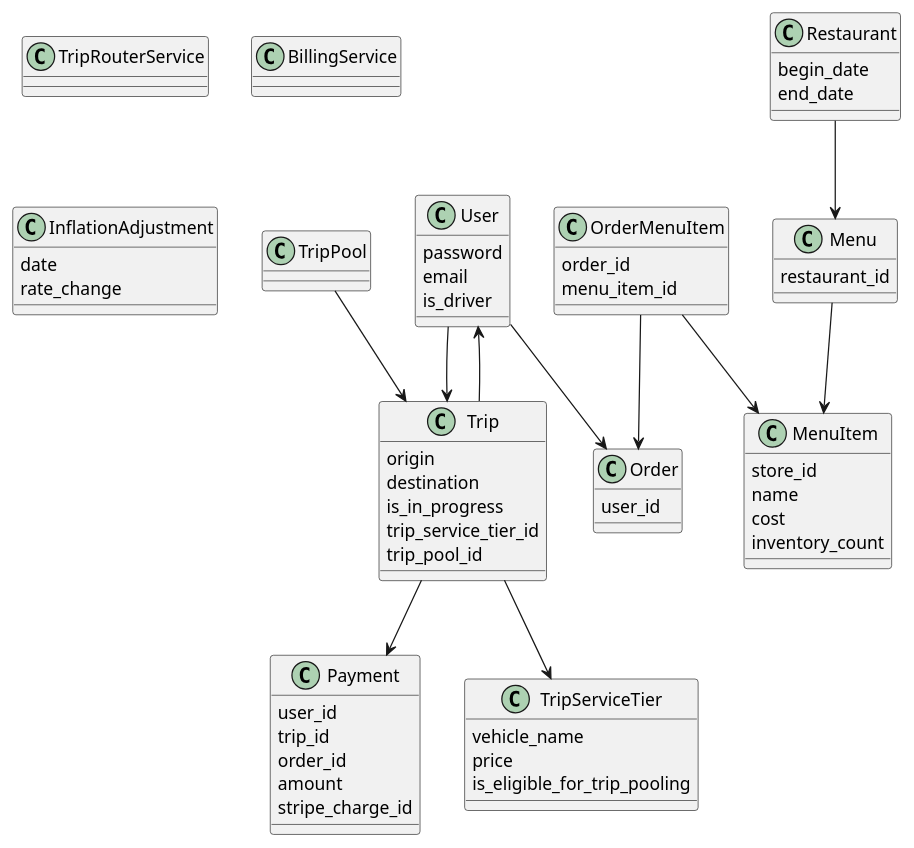
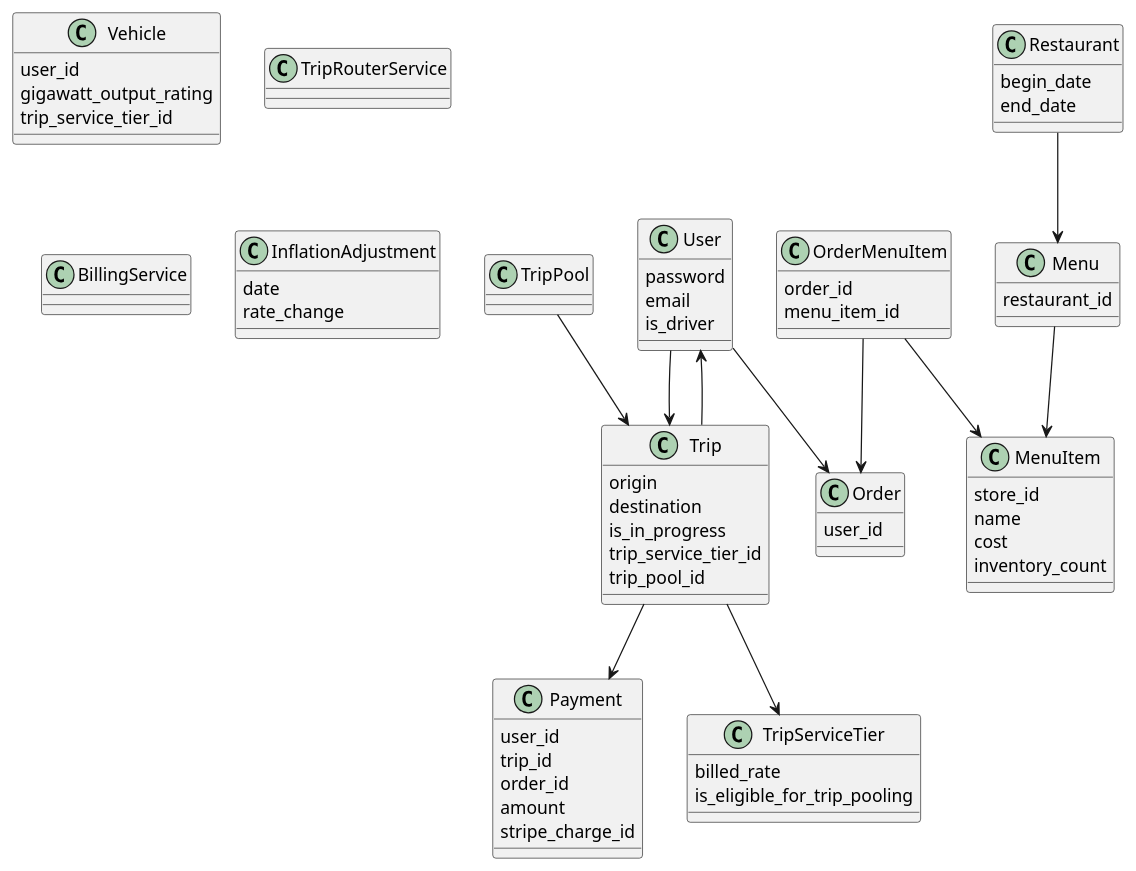
Before and after one commit to andrewhao/dddrail-talk: the diagram in diagrams/4-delorean-eats.plantuml, drawn with PlantUML. The commit also changed 1 other file, not shown here.

```diff
--- a/diagrams/4-delorean-eats.plantuml
+++ b/diagrams/4-delorean-eats.plantuml
@@ -1,85 +1,90 @@
 @startuml
 skinparam shadowing false
 
 class User {
   password
   email
   is_driver
 }
 
 class Trip {
   origin
   destination
   is_in_progress
   trip_service_tier_id
   trip_pool_id
+}
+
+class Vehicle {
+  user_id
+  gigawatt_output_rating
+  trip_service_tier_id
 }
 
 class TripPool {
 }
 
 class TripRouterService {
 }
 
 class BillingService {
 }
 
 class Payment {
   user_id
   trip_id
   order_id
   amount
   stripe_charge_id
 }
 
 class TripServiceTier {
-  vehicle_name
-  price
+  billed_rate
   is_eligible_for_trip_pooling
 }
 
 class Order {
   user_id
 }
 
 User --> Order
 
 class OrderMenuItem {
   order_id
   menu_item_id
 }
 
 
 class Restaurant {
   begin_date
   end_date
 }
 
 class Menu {
   restaurant_id
 }
 
 class MenuItem {
   store_id
   name
   cost
   inventory_count
 }
 
 class InflationAdjustment {
   date
   rate_change
 }
 
 OrderMenuItem --> Order
 OrderMenuItem --> MenuItem
 Restaurant --> Menu
 Menu --> MenuItem
 
 User --> Trip
 Trip --> User
 Trip --> Payment
 Trip --> TripServiceTier
 TripPool --> Trip
 
 @enduml
```
